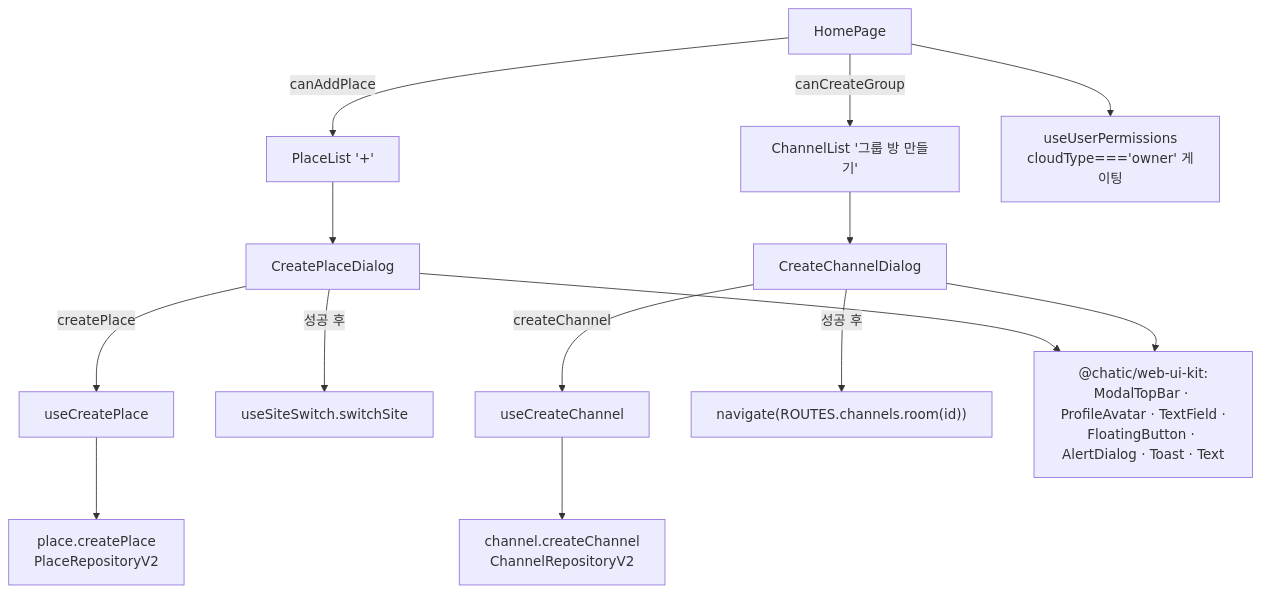
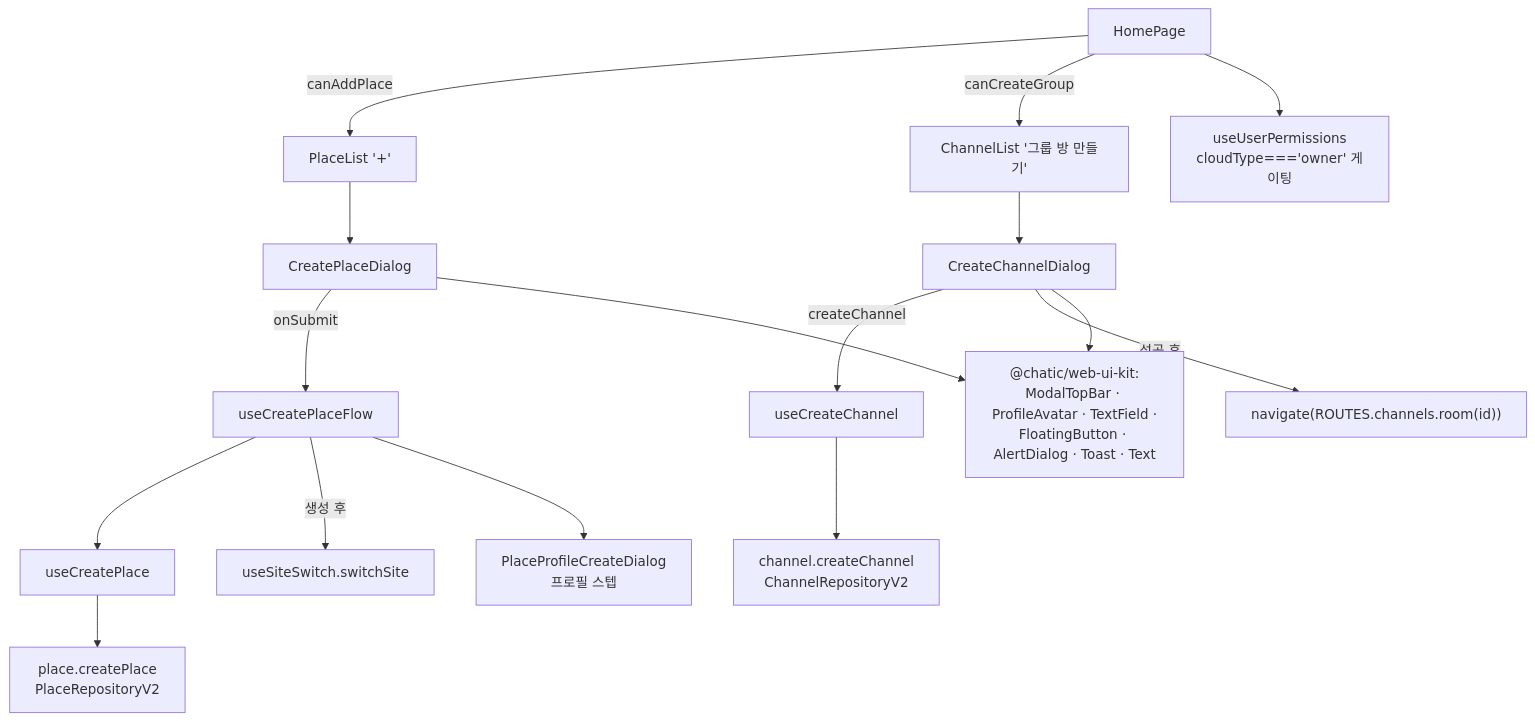
One commit to lemoncloud-io/dou-app changed the first of 2 diagrams in apps/web/docs/feature/home/place-channel-create.md. Above: the diagram before and after it, drawn with Mermaid. The commit also changed other lines of this file and 26 other files, not shown here.

First line of the commit message:
fix(web/mypage): edit the account profile from a cloud, and settle the place before its profile

````diff
--- a/apps/web/docs/feature/home/place-channel-create.md
+++ b/apps/web/docs/feature/home/place-channel-create.md
@@ -91,19 +93,23 @@
 ```mermaid
 flowchart TD
     HP[HomePage] -->|canAddPlace| PL[PlaceList '+']
     HP -->|canCreateGroup| CL[ChannelList '그룹 방 만들기']
     PL --> PD[CreatePlaceDialog]
     CL --> CD[CreateChannelDialog]
 
-    PD -->|createPlace| HPP[useCreatePlace]
-    HPP --> PR[place.createPlace<br/>PlaceRepositoryV2]
-    PD -->|성공 후| SW[useSiteSwitch.switchSite]
+    HPP[useCreatePlace] --> PR[place.createPlace<br/>PlaceRepositoryV2]
+    SW[useSiteSwitch.switchSite]
 
     CD -->|createChannel| HCC[useCreateChannel]
     HCC --> CR[channel.createChannel<br/>ChannelRepositoryV2]
     CD -->|성공 후| NAV["navigate(ROUTES.channels.room(id))"]
 
+    PD -->|onSubmit| CPF[useCreatePlaceFlow]
+    CPF --> HPP
+    CPF -->|생성 후| SW
+    CPF --> PPD[PlaceProfileCreateDialog<br/>프로필 스텝]
+
     PD --> UIK["@chatic/web-ui-kit:<br/>ModalTopBar · ProfileAvatar · TextField ·<br/>FloatingButton · AlertDialog · Toast · Text"]
     CD --> UIK
     HP --> PERM[useUserPermissions<br/>cloudType==='owner' 게이팅]
 ```
````
